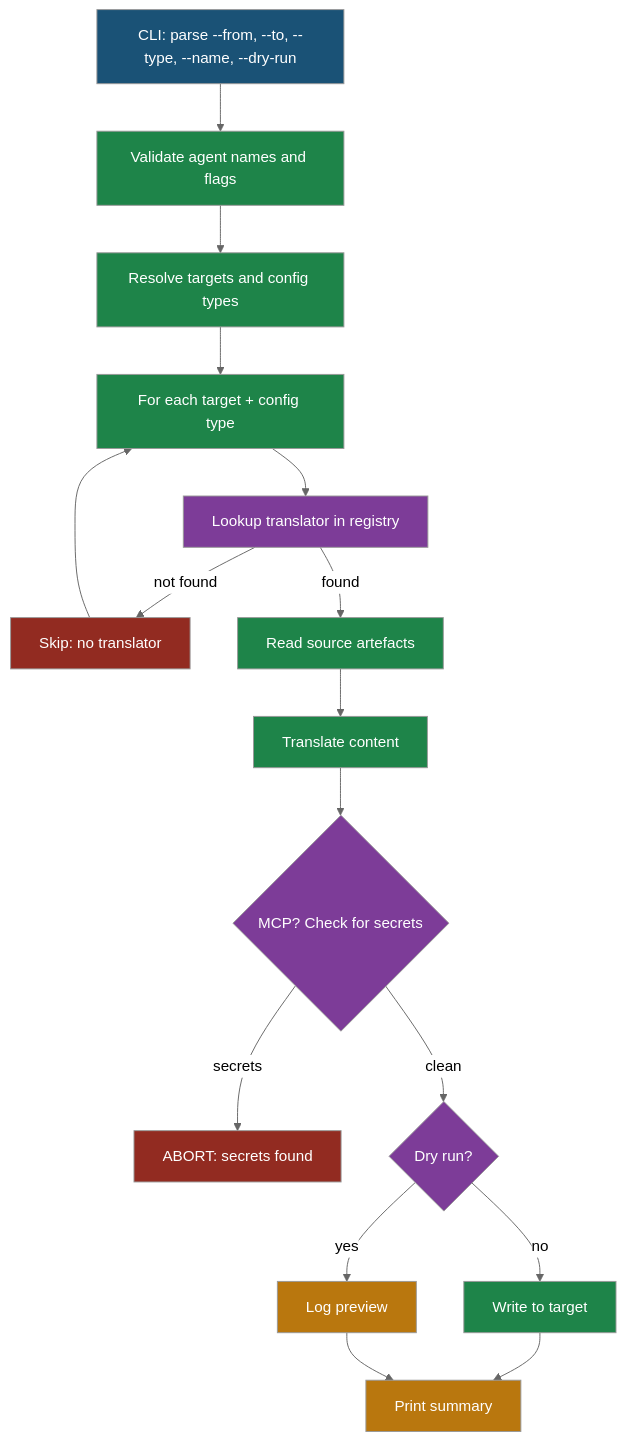
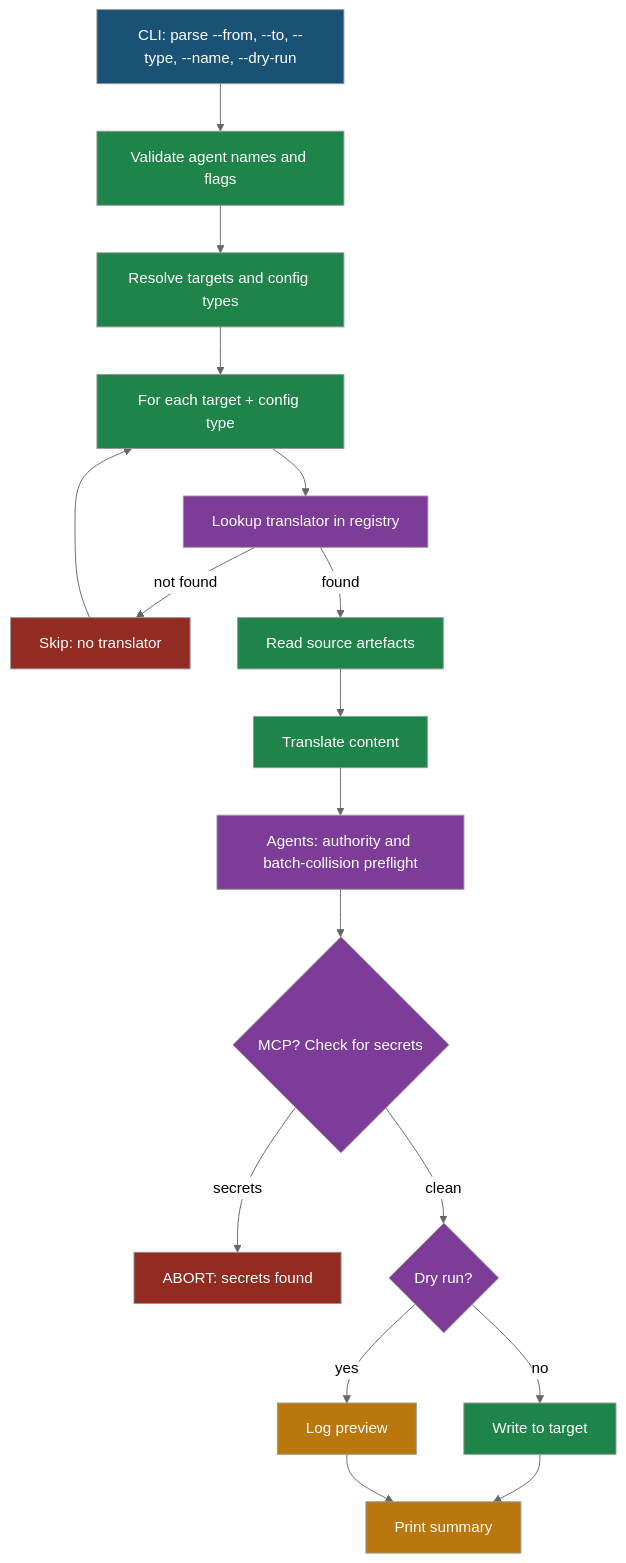
The diagram in docs/migrate.md (chrisleekr/agentsync), drawn with Mermaid (neutral theme) before and after one commit. The commit also changed other lines of this file and 21 other files, not shown here.

````diff
--- a/docs/migrate.md
+++ b/docs/migrate.md
@@ -76,35 +79,36 @@
 ```mermaid
 flowchart TD
     classDef input fill:#1a5276,color:#ffffff
     classDef process fill:#1e8449,color:#ffffff
     classDef decision fill:#7d3c98,color:#ffffff
     classDef output fill:#b9770e,color:#ffffff
     classDef skip fill:#922b21,color:#ffffff
 
     CLI["CLI: parse --from, --to, --type, --name, --dry-run"]:::input
     VALIDATE["Validate agent names and flags"]:::process
     RESOLVE["Resolve targets and config types"]:::process
     LOOP["For each target + config type"]:::process
     LOOKUP["Lookup translator in registry"]:::decision
     NO_TRANSLATOR["Skip: no translator"]:::skip
     READ["Read source artefacts"]:::process
     TRANSLATE["Translate content"]:::process
+    PREFLIGHT["Agents: authority and batch-collision preflight"]:::decision
     DETECT{"MCP? Check for secrets"}:::decision
     ABORT["ABORT: secrets found"]:::skip
     DRYRUN{"Dry run?"}:::decision
     PREVIEW["Log preview"]:::output
     WRITE["Write to target"]:::process
     REPORT["Print summary"]:::output
 
     CLI --> VALIDATE --> RESOLVE --> LOOP
     LOOP --> LOOKUP
     LOOKUP -->|"not found"| NO_TRANSLATOR
-    LOOKUP -->|"found"| READ --> TRANSLATE --> DETECT
+    LOOKUP -->|"found"| READ --> TRANSLATE --> PREFLIGHT --> DETECT
     DETECT -->|"secrets"| ABORT
     DETECT -->|"clean"| DRYRUN
     DRYRUN -->|"yes"| PREVIEW
     DRYRUN -->|"no"| WRITE
     WRITE --> REPORT
     PREVIEW --> REPORT
     NO_TRANSLATOR --> LOOP
 ```
````
